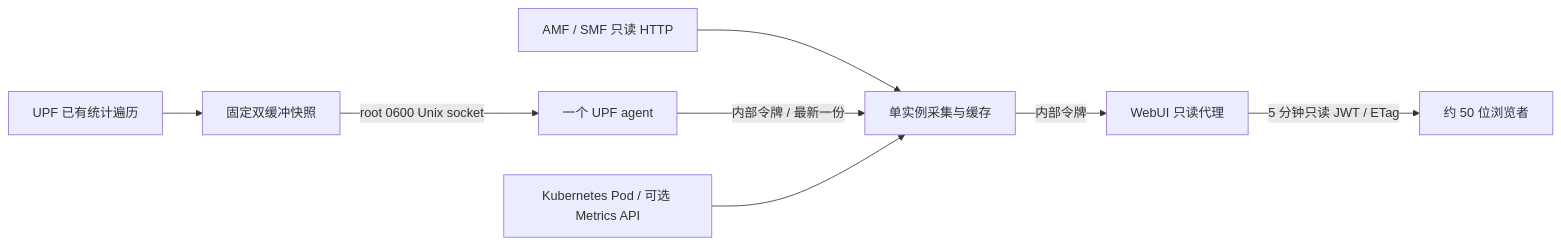
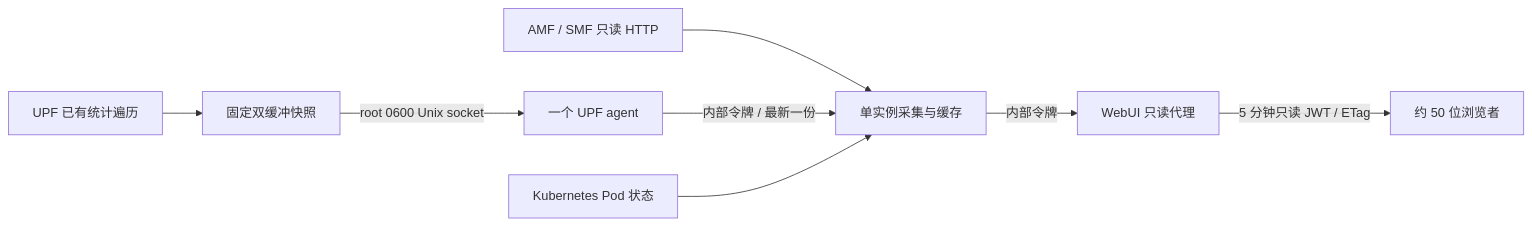
Before and after one commit to xiazhangtao1/open5gs: the diagram in docs/webui-monitoring.md, drawn with Mermaid. The commit also changed other lines of this file and 7 other files, not shown here.

````diff
--- a/docs/webui-monitoring.md
+++ b/docs/webui-monitoring.md
@@ -9,10 +9,10 @@
 ```mermaid
 flowchart LR
     A[AMF / SMF 只读 HTTP] --> C[单实例采集与缓存]
     U[UPF 已有统计遍历] --> S[固定双缓冲快照]
     S -->|root 0600 Unix socket| G[一个 UPF agent]
     G -->|内部令牌 / 最新一份| C
-    K[Kubernetes Pod / 可选 Metrics API] --> C
+    K[Kubernetes Pod 状态] --> C
     C -->|内部令牌| W[WebUI 只读代理]
     W -->|5 分钟只读 JWT / ETag| B[约 50 位浏览者]
 ```
````
